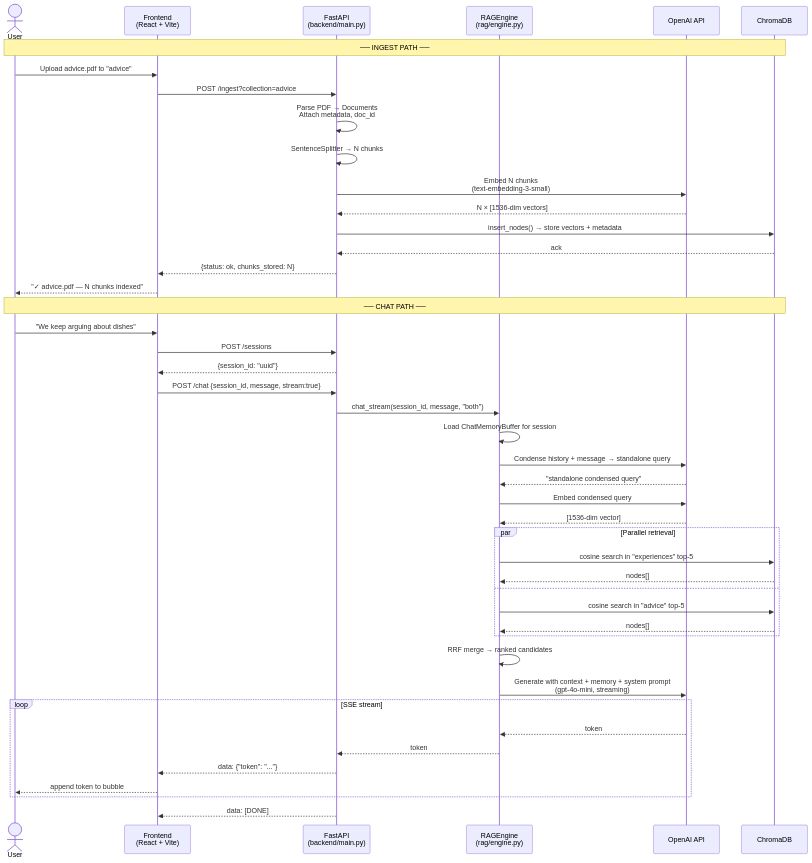
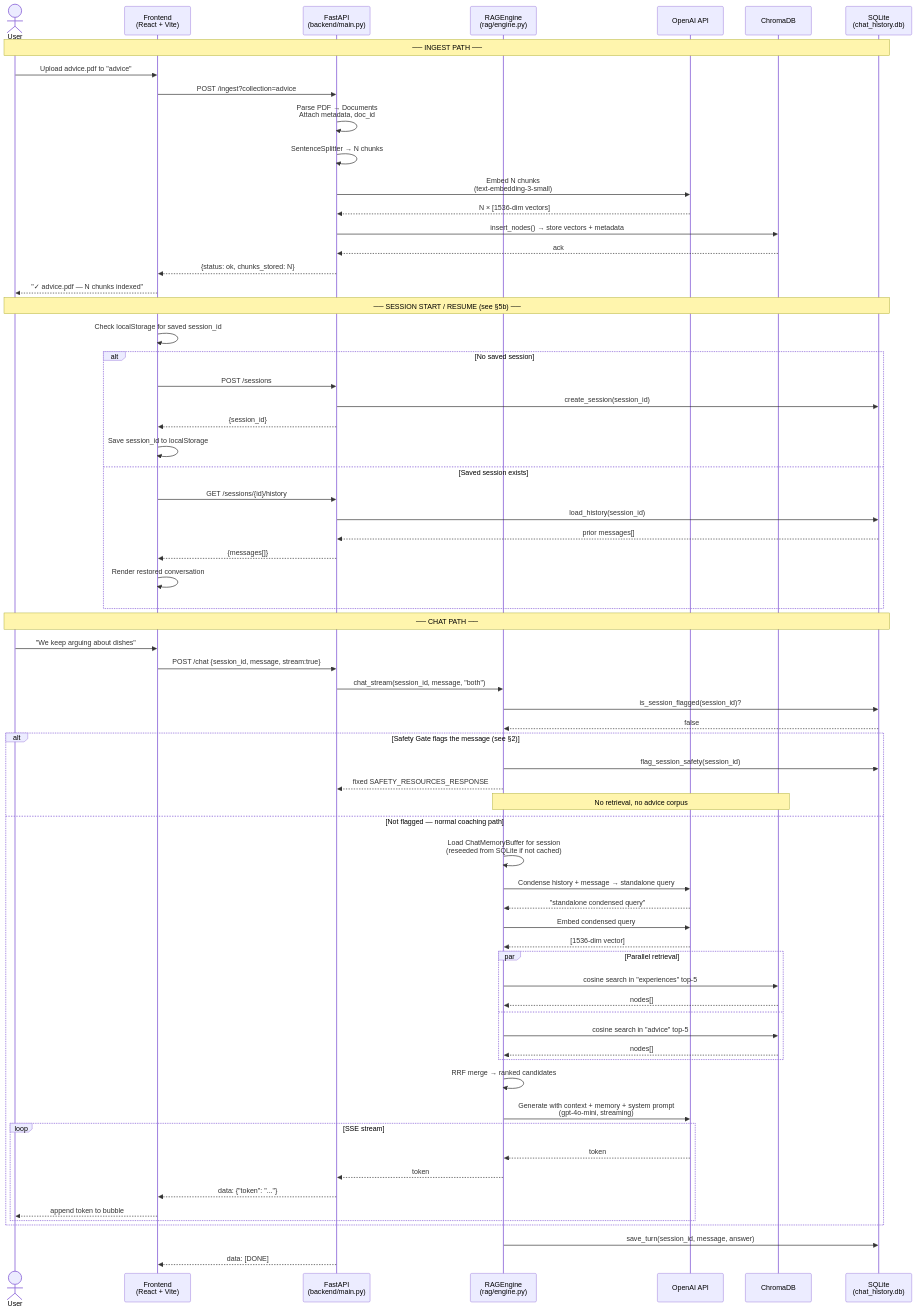
Before and after one commit to yil479/happy-wife-gpt: the sixth of 6 diagrams in docs/rag-architecture.md, drawn with Mermaid. The commit also changed other lines of this file and 33 other files, not shown here.

First line of the commit message:
Add persistent chat history, IPV safety gate, and mock knowledge base

````diff
--- a/docs/rag-architecture.md
+++ b/docs/rag-architecture.md
@@ -190,51 +238,77 @@
 ```mermaid
 sequenceDiagram
     actor User
     participant FE as Frontend<br/>(React + Vite)
     participant API as FastAPI<br/>(backend/main.py)
     participant Engine as RAGEngine<br/>(rag/engine.py)
     participant OAI as OpenAI API
-    participant DB as ChromaDB
+    participant Chroma as ChromaDB
+    participant SQLite as SQLite<br/>(chat_history.db)
 
-    Note over User,DB: ── INGEST PATH ──
+    Note over User,SQLite: ── INGEST PATH ──
 
     User->>FE: Upload advice.pdf to "advice"
     FE->>API: POST /ingest?collection=advice
     API->>API: Parse PDF → Documents<br/>Attach metadata, doc_id
     API->>API: SentenceSplitter → N chunks
     API->>OAI: Embed N chunks<br/>(text-embedding-3-small)
     OAI-->>API: N × [1536-dim vectors]
-    API->>DB: insert_nodes() → store vectors + metadata
-    DB-->>API: ack
+    API->>Chroma: insert_nodes() → store vectors + metadata
+    Chroma-->>API: ack
     API-->>FE: {status: ok, chunks_stored: N}
     FE-->>User: "✓ advice.pdf — N chunks indexed"
 
-    Note over User,DB: ── CHAT PATH ──
+    Note over User,SQLite: ── SESSION START / RESUME (see §5b) ──
+
+    FE->>FE: Check localStorage for saved session_id
+    alt No saved session
+        FE->>API: POST /sessions
+        API->>SQLite: create_session(session_id)
+        API-->>FE: {session_id}
+        FE->>FE: Save session_id to localStorage
+    else Saved session exists
+        FE->>API: GET /sessions/{id}/history
+        API->>SQLite: load_history(session_id)
+        SQLite-->>API: prior messages[]
+        API-->>FE: {messages[]}
+        FE->>FE: Render restored conversation
+    end
+
+    Note over User,SQLite: ── CHAT PATH ──
 
     User->>FE: "We keep arguing about dishes"
-    FE->>API: POST /sessions
-    API-->>FE: {session_id: "uuid"}
     FE->>API: POST /chat {session_id, message, stream:true}
     API->>Engine: chat_stream(session_id, message, "both")
-    Engine->>Engine: Load ChatMemoryBuffer for session
-    Engine->>OAI: Condense history + message → standalone query
-    OAI-->>Engine: "standalone condensed query"
-    Engine->>OAI: Embed condensed query
-    OAI-->>Engine: [1536-dim vector]
-    par Parallel retrieval
-        Engine->>DB: cosine search in "experiences" top-5
-        DB-->>Engine: nodes[]
-    and
-        Engine->>DB: cosine search in "advice" top-5
-        DB-->>Engine: nodes[]
+    Engine->>SQLite: is_session_flagged(session_id)?
+    SQLite-->>Engine: false
+
+    alt Safety Gate flags the message (see §2)
+        Engine->>SQLite: flag_session_safety(session_id)
+        Engine-->>API: fixed SAFETY_RESOURCES_RESPONSE
+        Note over Engine,Chroma: No retrieval, no advice corpus
+    else Not flagged — normal coaching path
+        Engine->>Engine: Load ChatMemoryBuffer for session<br/>(reseeded from SQLite if not cached)
+        Engine->>OAI: Condense history + message → standalone query
+        OAI-->>Engine: "standalone condensed query"
+        Engine->>OAI: Embed condensed query
+        OAI-->>Engine: [1536-dim vector]
+        par Parallel retrieval
+            Engine->>Chroma: cosine search in "experiences" top-5
+            Chroma-->>Engine: nodes[]
+        and
+            Engine->>Chroma: cosine search in "advice" top-5
+            Chroma-->>Engine: nodes[]
+        end
+        Engine->>Engine: RRF merge → ranked candidates
+        Engine->>OAI: Generate with context + memory + system prompt<br/>(gpt-4o-mini, streaming)
+        loop SSE stream
+            OAI-->>Engine: token
+            Engine-->>API: token
+            API-->>FE: data: {"token": "..."}
+            FE-->>User: append token to bubble
+        end
     end
-    Engine->>Engine: RRF merge → ranked candidates
-    Engine->>OAI: Generate with context + memory + system prompt<br/>(gpt-4o-mini, streaming)
-    loop SSE stream
-        OAI-->>Engine: token
-        Engine-->>API: token
-        API-->>FE: data: {"token": "..."}
-        FE-->>User: append token to bubble
-    end
+
+    Engine->>SQLite: save_turn(session_id, message, answer)
     API-->>FE: data: [DONE]
 ```
````
